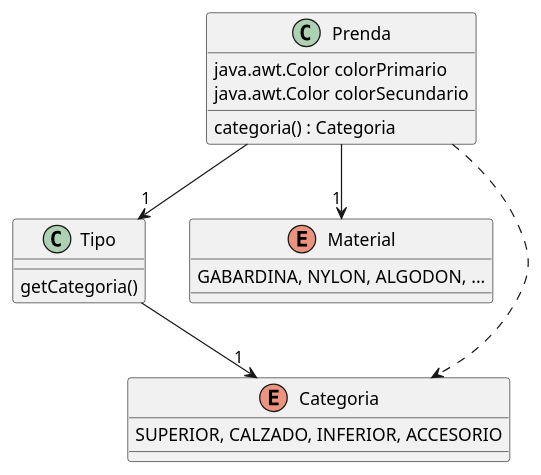
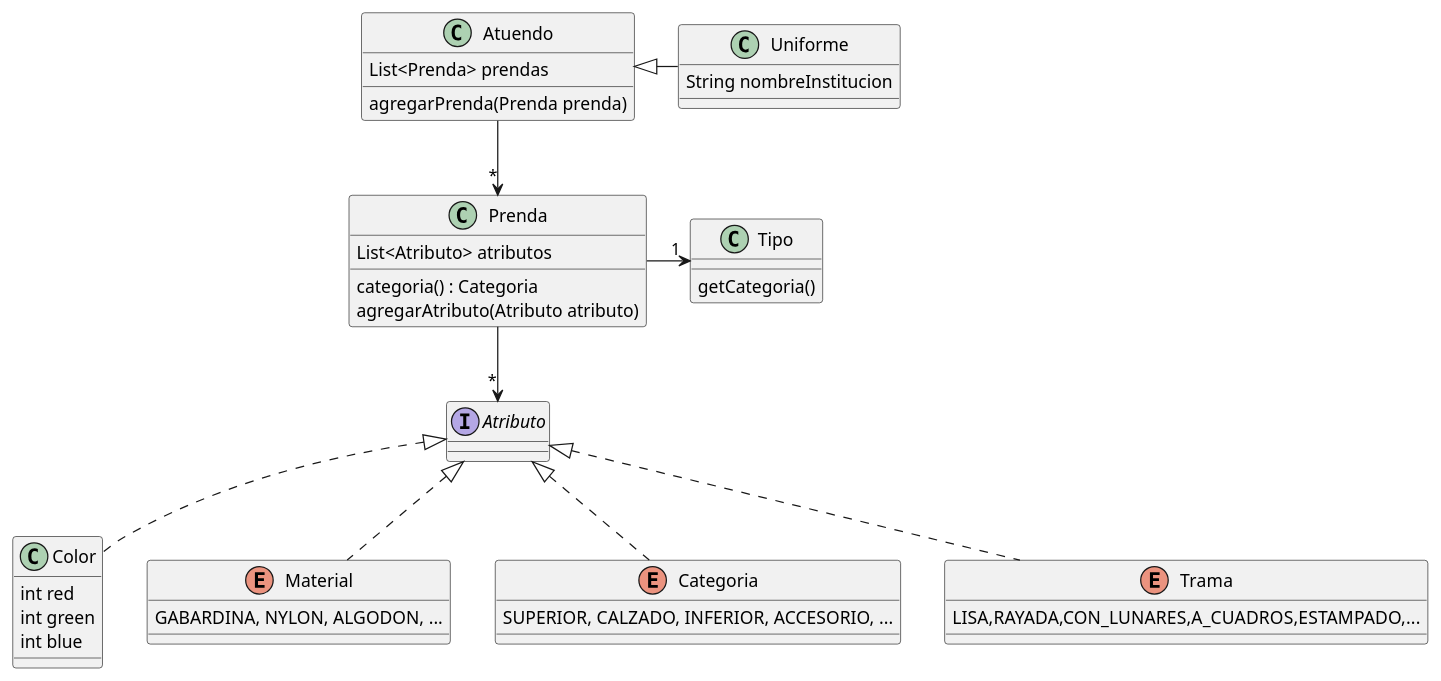
One commit to mecsafonso/QueMePongo2 changed the diagram in Diagrama de Clases.puml. Above: the diagram before and after it, drawn with PlantUML. The commit also changed 11 other files, not shown here.

```diff
--- a/Diagrama de Clases.puml
+++ b/Diagrama de Clases.puml
@@ -1,25 +1,53 @@
 @startuml
 'https://plantuml.com/class-diagram
 
 class Prenda{
-java.awt.Color colorPrimario
-java.awt.Color colorSecundario
+List<Atributo> atributos
 categoria() : Categoria
+agregarAtributo(Atributo atributo)
 }
 class Tipo{
 getCategoria()
 }
+class Color{
+int red
+int green
+int blue
+}
+
 enum Material{
 GABARDINA, NYLON, ALGODON, ...
 }
 enum Categoria{
-SUPERIOR, CALZADO, INFERIOR, ACCESORIO
+SUPERIOR, CALZADO, INFERIOR, ACCESORIO, ...
+}
+enum Trama{
+LISA,RAYADA,CON_LUNARES,A_CUADROS,ESTAMPADO,...
 }
 
-Tipo --> "1" Categoria
-Prenda --> "1" Material
-Prenda --> "1" Tipo
-Prenda ..> Categoria
+interface Atributo{
+}
 
+Prenda --right> "1" Tipo
+Prenda --> "*" Atributo
+
+Material ..up|> Atributo
+Categoria ..up|> Atributo
+Trama ..up|> Atributo
+Color ..up|> Atributo
+
+class Atuendo{
+List<Prenda> prendas
+ agregarPrenda(Prenda prenda)
+}
+
+Atuendo --> "*" Prenda
+
+class Uniforme{
+String nombreInstitucion
+
+}
+
+Uniforme --left|> Atuendo
 
 @enduml
```
